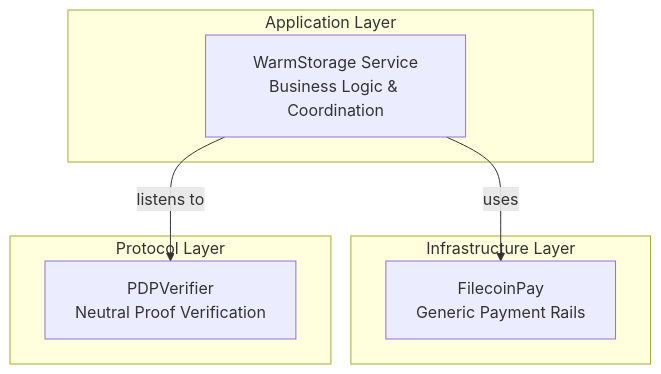
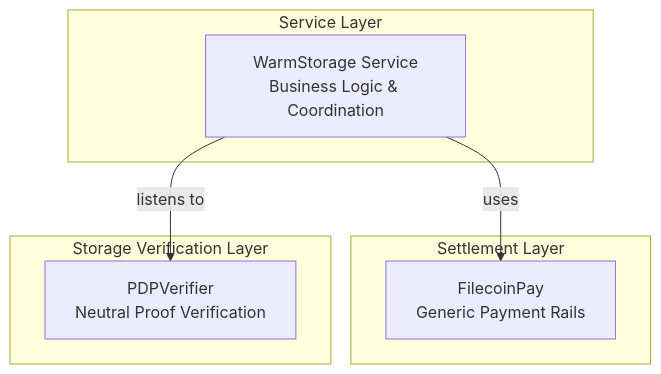
The diagram in docs/src/content/docs/core-concepts/architecture.mdx (FIL-Builders/synapse-sdk), drawn with Mermaid before and after one commit. The commit also changed other lines of this file and 14 other files, not shown here.

Commit message:
update concepts/architecture

````diff
--- a/docs/src/content/docs/core-concepts/architecture.mdx
+++ b/docs/src/content/docs/core-concepts/architecture.mdx
@@ -18,17 +63,17 @@
 ```mermaid
 graph TB
-    subgraph "Application Layer"
+    subgraph "Service Layer"
         WS[WarmStorage Service<br/>Business Logic & Coordination]
     end
 
-    subgraph "Infrastructure Layer"
-        FP[FilecoinPay<br/>Generic Payment Rails]
+    subgraph "Settlement Layer"
+        FP[FilecoinPay<br/> Generic Payment Rails]
     end
 
-    subgraph "Protocol Layer"
-        PDP[PDPVerifier<br/>Neutral Proof Verification]
+    subgraph "Storage Verification Layer"
+        PDP[PDPVerifier<br/> Neutral Proof Verification]
     end
 
     WS -->|uses| FP
     WS -->|listens to| PDP
 ```
````
